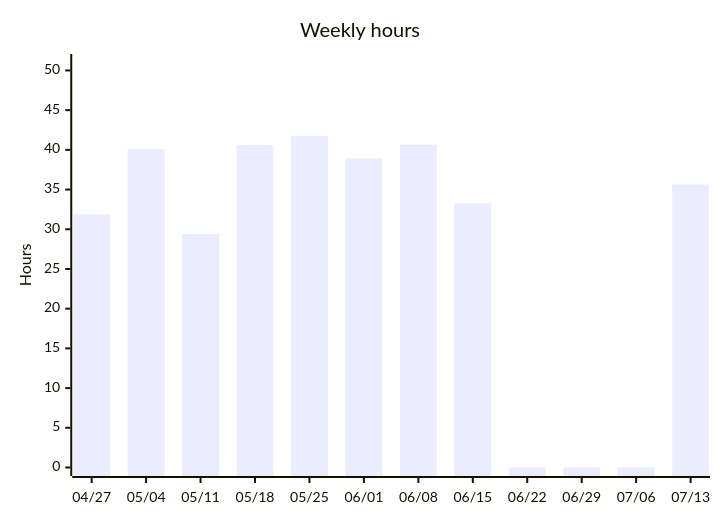
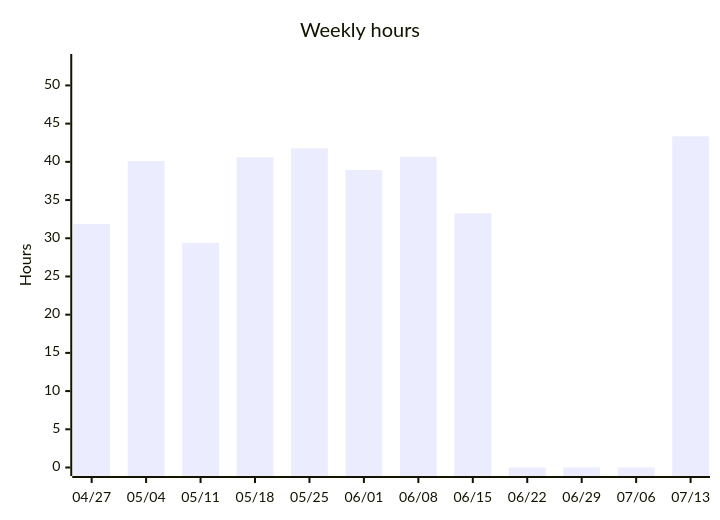
One commit to albinforsberg-netizen/timeclock changed the third of 5 diagrams in README.org. Above: the diagram before and after it, drawn with Mermaid. The commit also changed other lines of this file, not shown here.

```diff
--- a/README.org
+++ b/README.org
@@ -104,7 +104,7 @@
 #+begin_src mermaid
 xychart-beta
     title "Weekly hours"
     x-axis ["04/27", "05/04", "05/11", "05/18", "05/25", "06/01", "06/08", "06/15", "06/22", "06/29", "07/06", "07/13"]
-    y-axis "Hours" 0 --> 51
-    bar [31.88, 40.10, 29.40, 40.60, 41.76, 38.93, 40.65, 33.27, 0.00, 0.00, 0.00, 35.62]
+    y-axis "Hours" 0 --> 53
+    bar [31.88, 40.10, 29.40, 40.60, 41.76, 38.93, 40.65, 33.27, 0.00, 0.00, 0.00, 43.34]
 #+end_src
```
